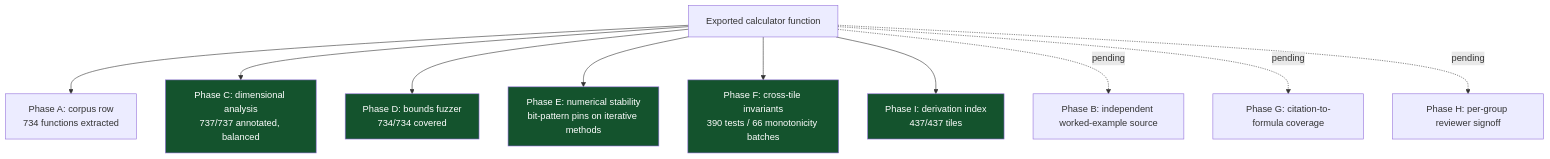
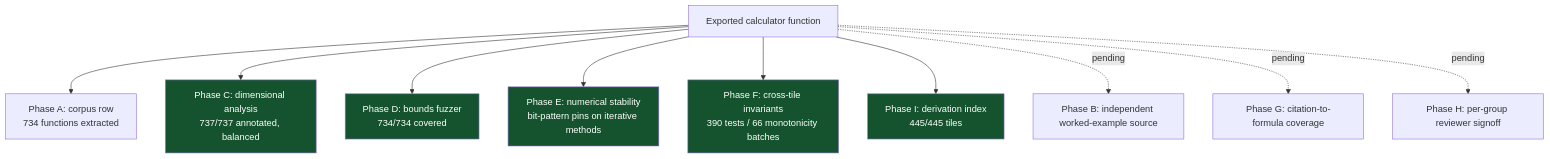
The fourth of 6 diagrams in README.md (clay-good/roughlogic.com), drawn with Mermaid before and after one commit. The commit also changed other lines of this file and 21 other files, not shown here.

````diff
--- a/README.md
+++ b/README.md
@@ -218,17 +220,17 @@
 ```mermaid
 flowchart TB
     F[Exported calculator function] --> A[Phase A: corpus row\n734 functions extracted]
     F --> C[Phase C: dimensional analysis\n737/737 annotated, balanced]
     F --> D[Phase D: bounds fuzzer\n734/734 covered]
     F --> E[Phase E: numerical stability\nbit-pattern pins on iterative methods]
     F --> Fa[Phase F: cross-tile invariants\n390 tests / 66 monotonicity batches]
-    F --> I[Phase I: derivation index\n437/437 tiles]
+    F --> I[Phase I: derivation index\n445/445 tiles]
     F -.pending.-> B[Phase B: independent worked-example source]
     F -.pending.-> G[Phase G: citation-to-formula coverage]
     F -.pending.-> H[Phase H: per-group reviewer signoff]
     style C fill:#14532d,color:#fff
     style D fill:#14532d,color:#fff
     style E fill:#14532d,color:#fff
     style Fa fill:#14532d,color:#fff
     style I fill:#14532d,color:#fff
 ```
````
